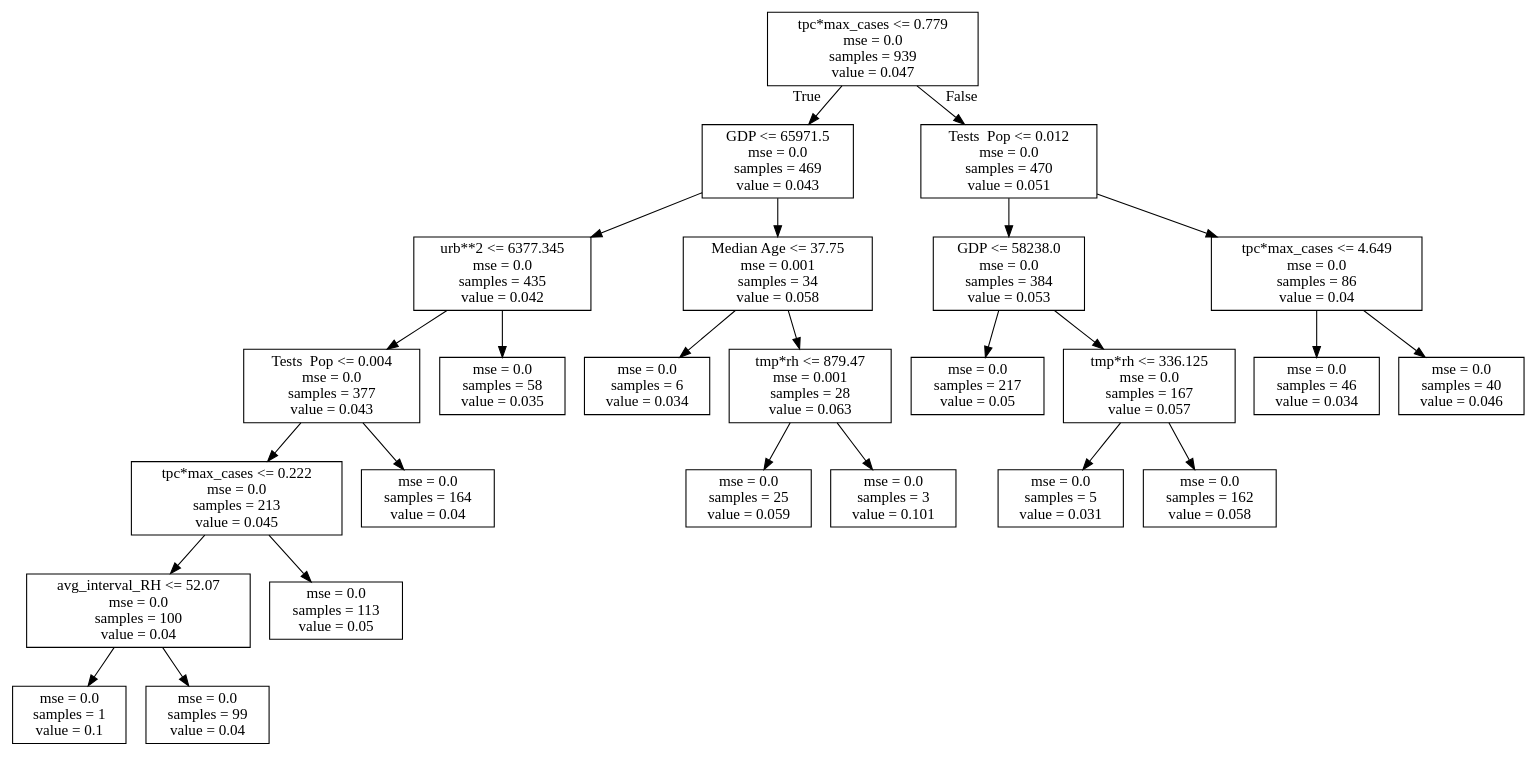
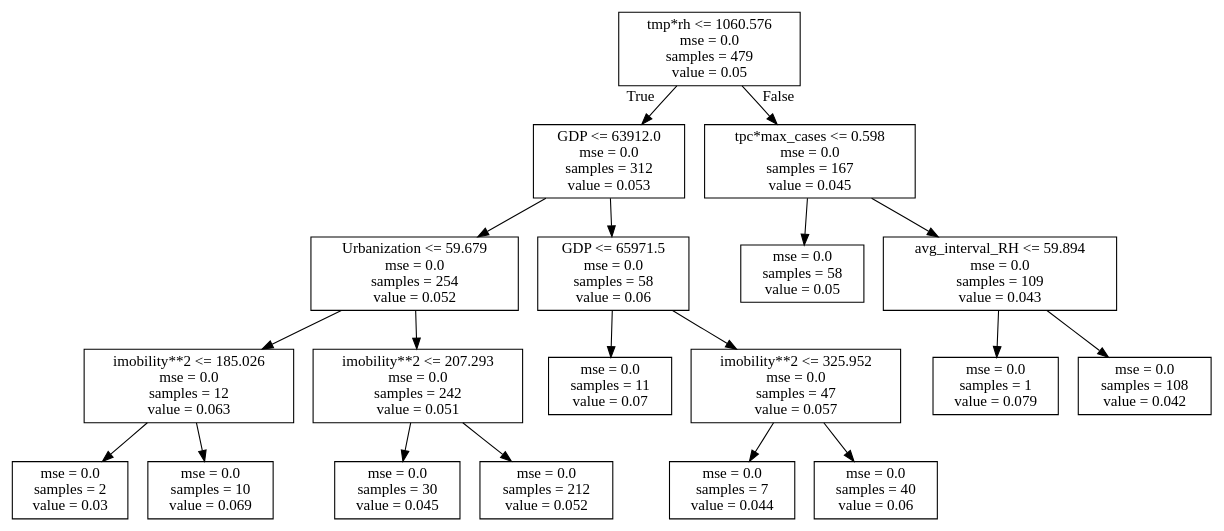
Before and after one commit to hopl1t/covid19: the diagram in products/decision_tree/decision_tree_GF_Q2_run3.dot, drawn with Graphviz. The commit also changed 42 other files, not shown here.

```diff
--- a/products/decision_tree/decision_tree_GF_Q2_run3.dot
+++ b/products/decision_tree/decision_tree_GF_Q2_run3.dot
@@ -1,52 +1,40 @@
 digraph Tree {
 node [shape=box] ;
-0 [label="tpc*max_cases <= 0.779\nmse = 0.0\nsamples = 939\nvalue = 0.047"] ;
-1 [label="GDP <= 65971.5\nmse = 0.0\nsamples = 469\nvalue = 0.043"] ;
+0 [label="tmp*rh <= 1060.576\nmse = 0.0\nsamples = 479\nvalue = 0.05"] ;
+1 [label="GDP <= 63912.0\nmse = 0.0\nsamples = 312\nvalue = 0.053"] ;
 0 -> 1 [labeldistance=2.5, labelangle=45, headlabel="True"] ;
-2 [label="urb**2 <= 6377.345\nmse = 0.0\nsamples = 435\nvalue = 0.042"] ;
+2 [label="Urbanization <= 59.679\nmse = 0.0\nsamples = 254\nvalue = 0.052"] ;
 1 -> 2 ;
-3 [label="Tests \ Pop <= 0.004\nmse = 0.0\nsamples = 377\nvalue = 0.043"] ;
+3 [label="imobility**2 <= 185.026\nmse = 0.0\nsamples = 12\nvalue = 0.063"] ;
 2 -> 3 ;
-4 [label="tpc*max_cases <= 0.222\nmse = 0.0\nsamples = 213\nvalue = 0.045"] ;
+4 [label="mse = 0.0\nsamples = 2\nvalue = 0.03"] ;
 3 -> 4 ;
-5 [label="avg_interval_RH <= 52.07\nmse = 0.0\nsamples = 100\nvalue = 0.04"] ;
-4 -> 5 ;
-6 [label="mse = 0.0\nsamples = 1\nvalue = 0.1"] ;
-5 -> 6 ;
-7 [label="mse = 0.0\nsamples = 99\nvalue = 0.04"] ;
-5 -> 7 ;
-8 [label="mse = 0.0\nsamples = 113\nvalue = 0.05"] ;
-4 -> 8 ;
-9 [label="mse = 0.0\nsamples = 164\nvalue = 0.04"] ;
-3 -> 9 ;
-10 [label="mse = 0.0\nsamples = 58\nvalue = 0.035"] ;
-2 -> 10 ;
-11 [label="Median Age <= 37.75\nmse = 0.001\nsamples = 34\nvalue = 0.058"] ;
-1 -> 11 ;
-12 [label="mse = 0.0\nsamples = 6\nvalue = 0.034"] ;
+5 [label="mse = 0.0\nsamples = 10\nvalue = 0.069"] ;
+3 -> 5 ;
+6 [label="imobility**2 <= 207.293\nmse = 0.0\nsamples = 242\nvalue = 0.051"] ;
+2 -> 6 ;
+7 [label="mse = 0.0\nsamples = 30\nvalue = 0.045"] ;
+6 -> 7 ;
+8 [label="mse = 0.0\nsamples = 212\nvalue = 0.052"] ;
+6 -> 8 ;
+9 [label="GDP <= 65971.5\nmse = 0.0\nsamples = 58\nvalue = 0.06"] ;
+1 -> 9 ;
+10 [label="mse = 0.0\nsamples = 11\nvalue = 0.07"] ;
+9 -> 10 ;
+11 [label="imobility**2 <= 325.952\nmse = 0.0\nsamples = 47\nvalue = 0.057"] ;
+9 -> 11 ;
+12 [label="mse = 0.0\nsamples = 7\nvalue = 0.044"] ;
 11 -> 12 ;
-13 [label="tmp*rh <= 879.47\nmse = 0.001\nsamples = 28\nvalue = 0.063"] ;
+13 [label="mse = 0.0\nsamples = 40\nvalue = 0.06"] ;
 11 -> 13 ;
-14 [label="mse = 0.0\nsamples = 25\nvalue = 0.059"] ;
-13 -> 14 ;
-15 [label="mse = 0.0\nsamples = 3\nvalue = 0.101"] ;
-13 -> 15 ;
-16 [label="Tests \ Pop <= 0.012\nmse = 0.0\nsamples = 470\nvalue = 0.051"] ;
-0 -> 16 [labeldistance=2.5, labelangle=-45, headlabel="False"] ;
-17 [label="GDP <= 58238.0\nmse = 0.0\nsamples = 384\nvalue = 0.053"] ;
+14 [label="tpc*max_cases <= 0.598\nmse = 0.0\nsamples = 167\nvalue = 0.045"] ;
+0 -> 14 [labeldistance=2.5, labelangle=-45, headlabel="False"] ;
+15 [label="mse = 0.0\nsamples = 58\nvalue = 0.05"] ;
+14 -> 15 ;
+16 [label="avg_interval_RH <= 59.894\nmse = 0.0\nsamples = 109\nvalue = 0.043"] ;
+14 -> 16 ;
+17 [label="mse = 0.0\nsamples = 1\nvalue = 0.079"] ;
 16 -> 17 ;
-18 [label="mse = 0.0\nsamples = 217\nvalue = 0.05"] ;
-17 -> 18 ;
-19 [label="tmp*rh <= 336.125\nmse = 0.0\nsamples = 167\nvalue = 0.057"] ;
-17 -> 19 ;
-20 [label="mse = 0.0\nsamples = 5\nvalue = 0.031"] ;
-19 -> 20 ;
-21 [label="mse = 0.0\nsamples = 162\nvalue = 0.058"] ;
-19 -> 21 ;
-22 [label="tpc*max_cases <= 4.649\nmse = 0.0\nsamples = 86\nvalue = 0.04"] ;
-16 -> 22 ;
-23 [label="mse = 0.0\nsamples = 46\nvalue = 0.034"] ;
-22 -> 23 ;
-24 [label="mse = 0.0\nsamples = 40\nvalue = 0.046"] ;
-22 -> 24 ;
+18 [label="mse = 0.0\nsamples = 108\nvalue = 0.042"] ;
+16 -> 18 ;
 }
```
